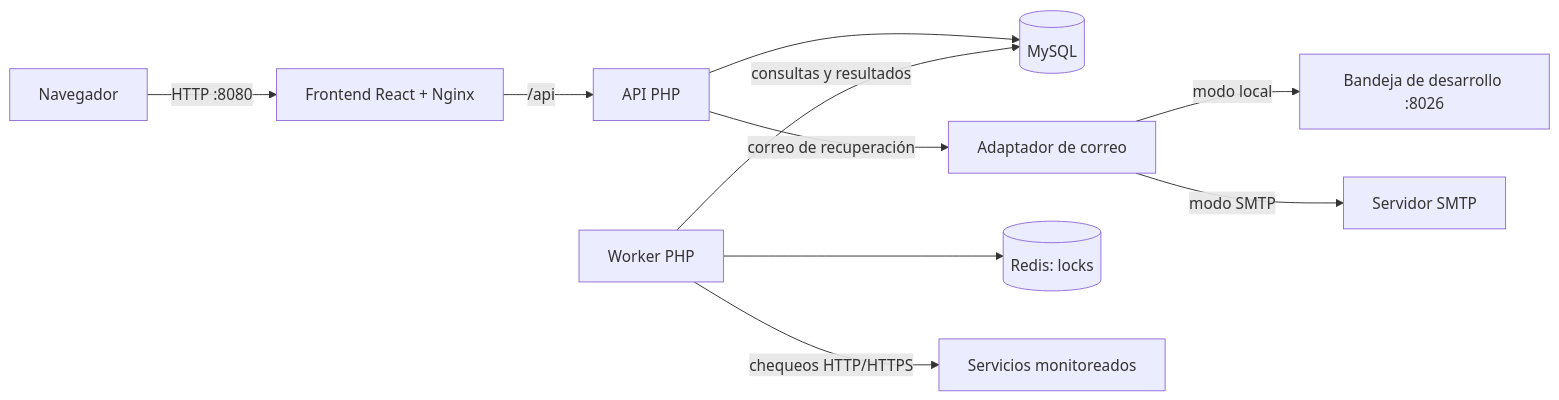
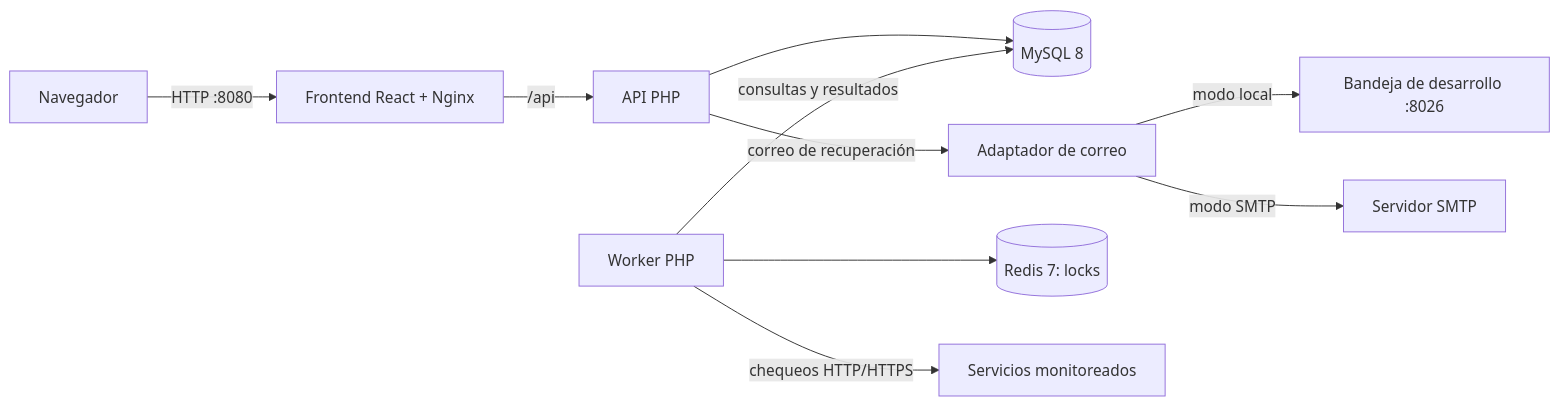
One commit to edu1993/StatusHub changed the diagram in README.md. Above: the diagram before and after it, drawn with Mermaid. The commit also changed other lines of this file and 4 other files, not shown here.

````diff
--- a/README.md
+++ b/README.md
@@ -20,12 +17,12 @@
 ```mermaid
 flowchart LR
     Browser["Navegador"] -->|HTTP :8080| Frontend["Frontend React + Nginx"]
     Frontend -->|/api| Backend["API PHP"]
-    Backend --> MySQL[("MySQL")]
+    Backend --> MySQL[("MySQL 8")]
     Backend -->|correo de recuperación| Mail["Adaptador de correo"]
     Mail -->|modo local| Inbox["Bandeja de desarrollo :8026"]
     Mail -->|modo SMTP| SMTP["Servidor SMTP"]
     Worker["Worker PHP"] -->|consultas y resultados| MySQL
-    Worker --> Redis[("Redis: locks")]
+    Worker --> Redis[("Redis 7: locks")]
     Worker -->|chequeos HTTP/HTTPS| Services["Servicios monitoreados"]
 ```
````
